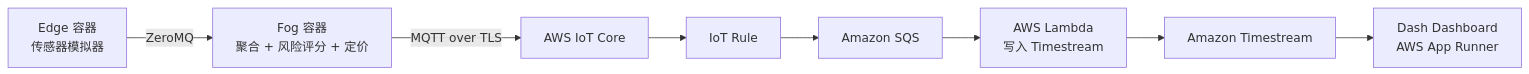
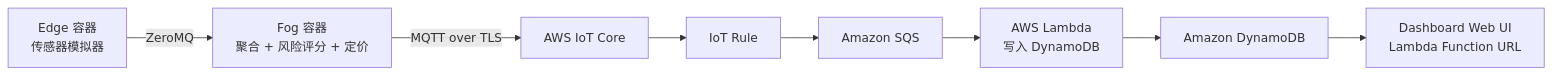
The first of 2 diagrams in ARCHITECTURE_CN.md (pnlync/fog-car-insurance-real-time-pricing), drawn with Mermaid before and after one commit. The commit also changed other lines of this file and 12 other files, not shown here.

Commit message:
Refactor AWS deployment to DynamoDB and Lambda URL dashboard

````diff
--- a/ARCHITECTURE_CN.md
+++ b/ARCHITECTURE_CN.md
@@ -39,10 +39,10 @@
 ```mermaid
 flowchart LR
     A["Edge 容器\n传感器模拟器"] -->|ZeroMQ| B["Fog 容器\n聚合 + 风险评分 + 定价"]
     B -->|MQTT over TLS| C["AWS IoT Core"]
     C --> D["IoT Rule"]
     D --> E["Amazon SQS"]
-    E --> F["AWS Lambda\n写入 Timestream"]
-    F --> G["Amazon Timestream"]
-    G --> H["Dash Dashboard\nAWS App Runner"]
+    E --> F["AWS Lambda\n写入 DynamoDB"]
+    F --> G["Amazon DynamoDB"]
+    G --> H["Dashboard Web UI\nLambda Function URL"]
 ```
````
